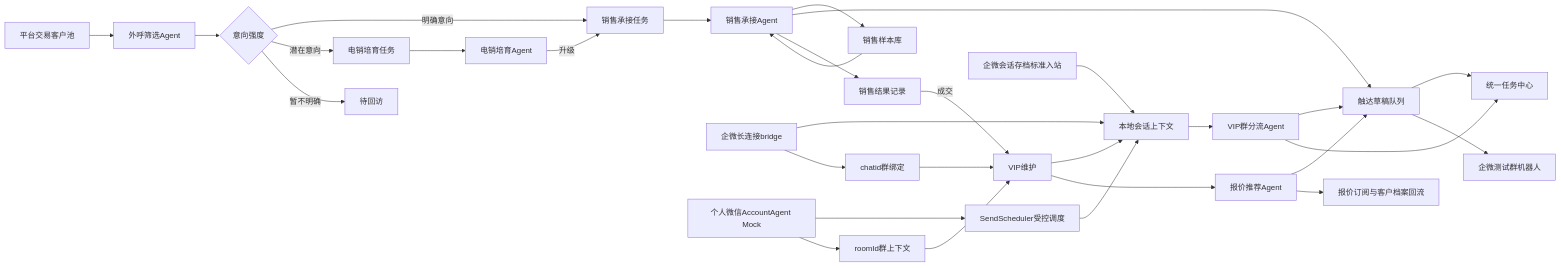
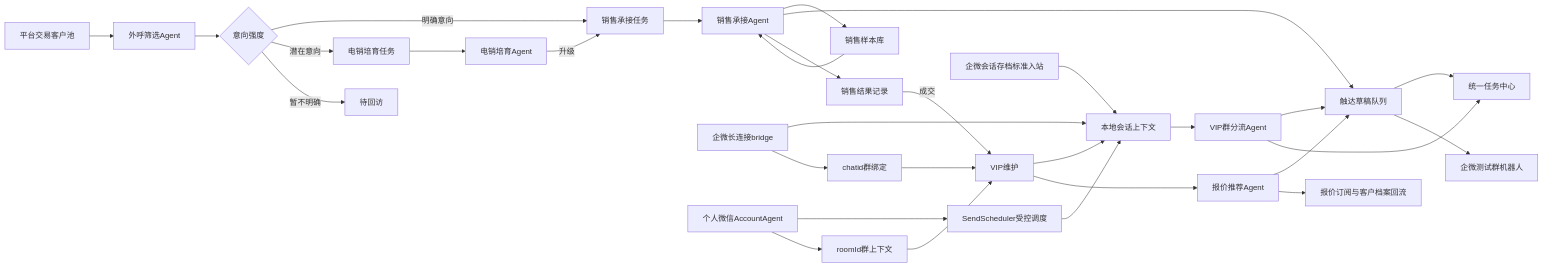
Before and after one commit to JUJUJUN313/customer-ops-agent-console: the diagram in docs/PROJECT.md, drawn with Mermaid. The commit also changed other lines of this file and 19 other files, not shown here.

````diff
--- a/docs/PROJECT.md
+++ b/docs/PROJECT.md
@@ -9,33 +9,33 @@
 ```mermaid
 flowchart LR
   A["平台交易客户池"] --> B["外呼筛选Agent"]
   B --> C{"意向强度"}
   C -->|"明确意向"| D["销售承接任务"]
   C -->|"潜在意向"| E["电销培育任务"]
   C -->|"暂不明确"| F["待回访"]
   E --> G["电销培育Agent"]
   G -->|"升级"| D
   D --> H["销售承接Agent"]
   H --> O["销售样本库"]
   O --> H
   H --> Q["触达草稿队列"]
   H --> I["销售结果记录"]
   I -->|"成交"| J["VIP维护"]
   J --> P["本地会话上下文"]
   P --> K["VIP群分流Agent"]
   V["企微会话存档标准入站"] --> P
   X["企微长连接bridge"] --> P
-  Z["个人微信AccountAgent Mock"] --> S["SendScheduler受控调度"]
+  Z["个人微信AccountAgent"] --> S["SendScheduler受控调度"]
   S --> P
   X --> Y["chatid群绑定"]
   Z --> R["roomId群上下文"]
   Y --> J
   R --> J
   J --> L["报价推荐Agent"]
   K --> Q
   L --> Q
   K --> M["统一任务中心"]
   L --> N["报价订阅与客户档案回流"]
   Q --> M
   Q --> W["企微测试群机器人"]
 ```
````
